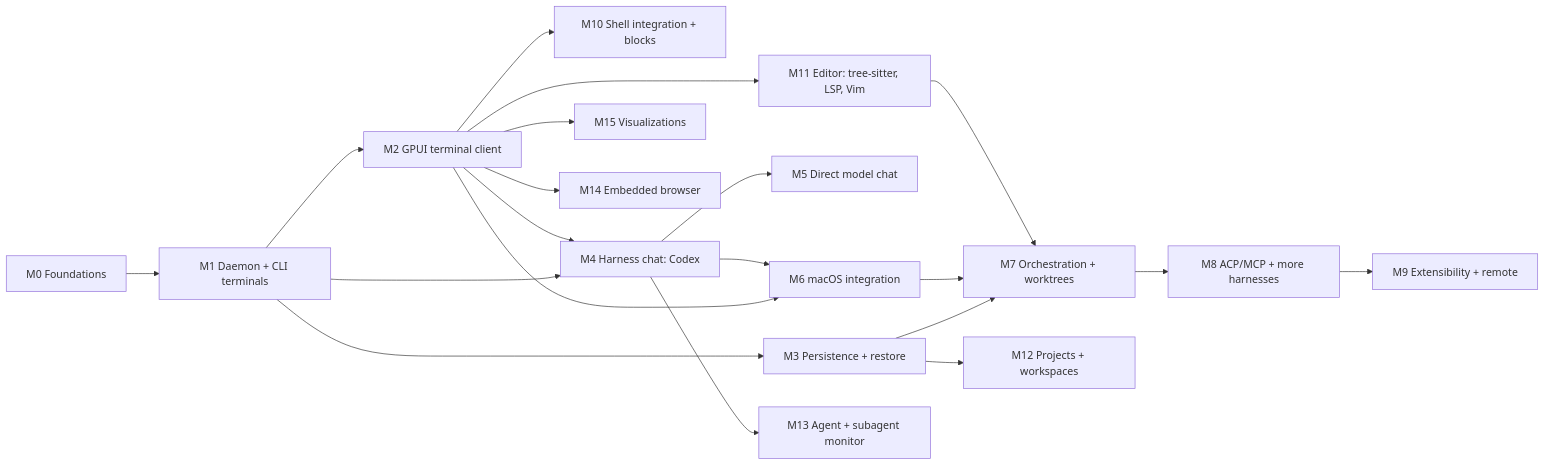
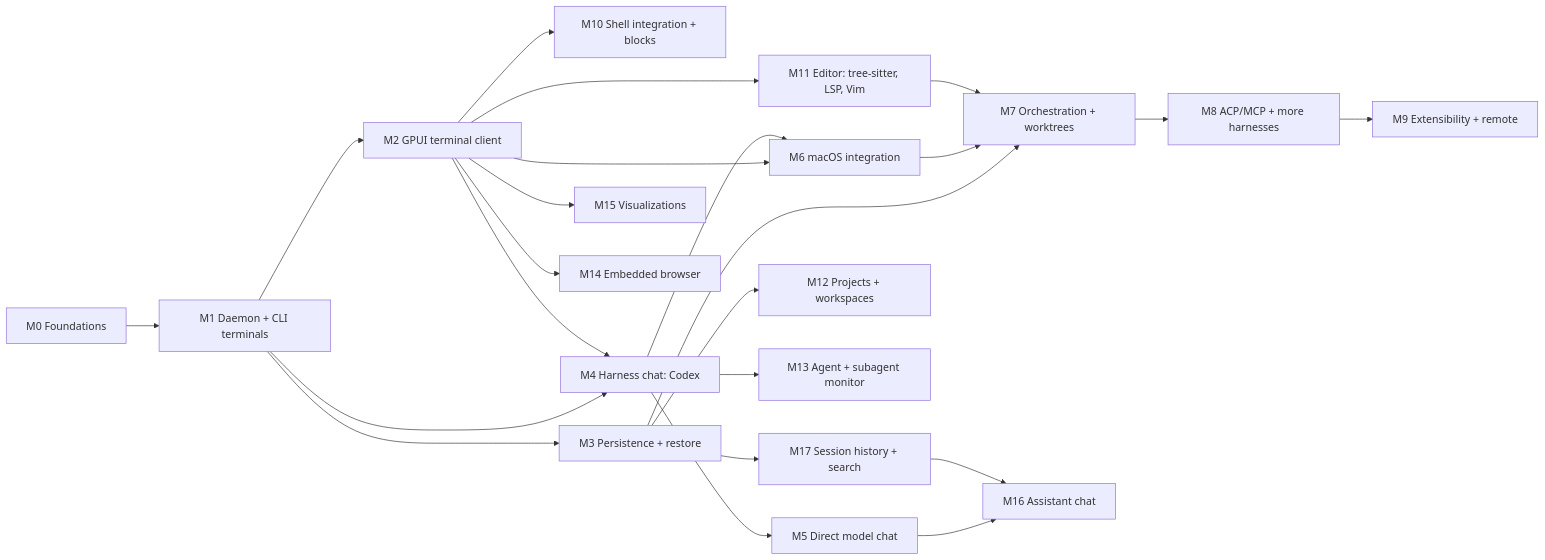
One commit to robertt3kuk/heeler changed the diagram in docs/roadmap.md. Above: the diagram before and after it, drawn with Mermaid. The commit also changed other lines of this file and 1 other file, not shown here.

Commit message:
docs(plan): workspace sorting/pins/Home folder (M12), assistant chat (M16), session history index + search (M17)

````diff
--- a/docs/roadmap.md
+++ b/docs/roadmap.md
@@ -5,22 +5,25 @@
 ```mermaid
 flowchart LR
   M0[M0 Foundations] --> M1[M1 Daemon + CLI terminals]
   M1 --> M2[M2 GPUI terminal client]
   M2 --> M10[M10 Shell integration + blocks]
   M1 --> M3[M3 Persistence + restore]
   M1 --> M4[M4 Harness chat: Codex]
   M2 --> M4
   M4 --> M5[M5 Direct model chat]
   M2 --> M6[M6 macOS integration]
   M4 --> M6
   M2 --> M11[M11 Editor: tree-sitter, LSP, Vim]
   M3 --> M7[M7 Orchestration + worktrees]
   M6 --> M7
   M11 --> M7
   M7 --> M8[M8 ACP/MCP + more harnesses]
   M8 --> M9[M9 Extensibility + remote]
   M3 --> M12[M12 Projects + workspaces]
   M4 --> M13[M13 Agent + subagent monitor]
   M2 --> M15[M15 Visualizations]
   M2 --> M14[M14 Embedded browser]
+  M3 --> M17[M17 Session history + search]
+  M5 --> M16[M16 Assistant chat]
+  M17 --> M16
 ```
````
